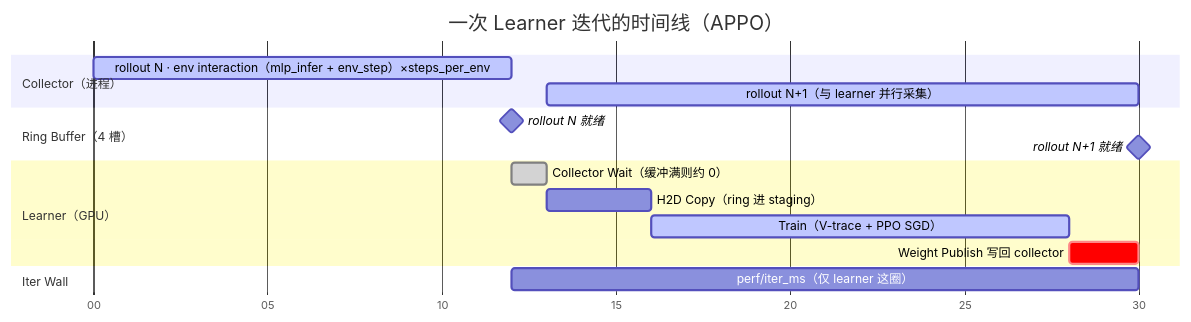
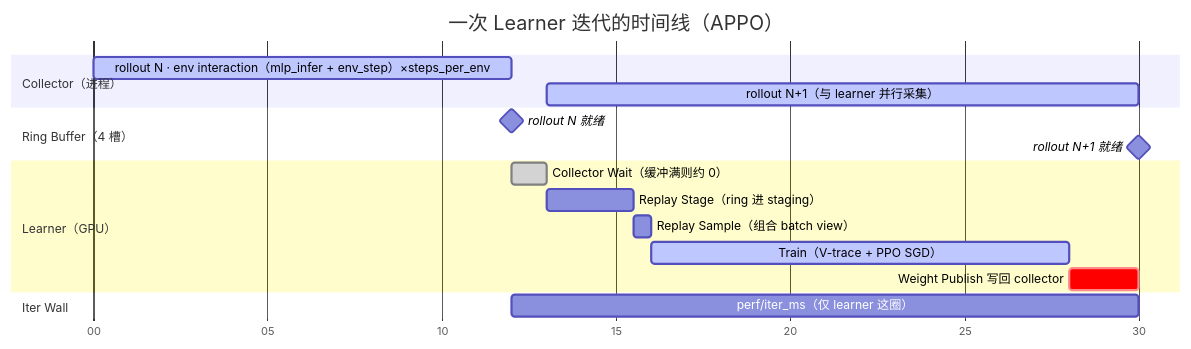
The diagram in docs/sphinx/source/zh_CN/2-user_guide/2-algorithms/2-appo.md (Motphys/UniLab), drawn with Mermaid before and after one commit. The commit also changed 14 other files, not shown here.

````diff
--- a/docs/sphinx/source/zh_CN/2-user_guide/2-algorithms/2-appo.md
+++ b/docs/sphinx/source/zh_CN/2-user_guide/2-algorithms/2-appo.md
@@ -39,23 +39,24 @@
 ```{mermaid}
 gantt
     title 一次 Learner 迭代的时间线（APPO）
     dateFormat x
     axisFormat %S
 
     section Collector（进程）
     rollout N · env interaction（mlp_infer + env_step）×steps_per_env :active, c0, 0, 12000
     rollout N+1（与 learner 并行采集）                                :active, c1, 13000, 30000
 
     section Ring Buffer（4 槽）
     rollout N 就绪    :milestone, r0, 12000, 12000
     rollout N+1 就绪  :milestone, r1, 30000, 30000
 
     section Learner（GPU）
     Collector Wait（缓冲满则约 0）    :done,   l0, 12000, 13000
-    H2D Copy（ring 进 staging）       :        l1, 13000, 16000
-    Train（V-trace + PPO SGD）        :active, l2, 16000, 28000
-    Weight Publish 写回 collector     :crit,   l3, 28000, 30000
+    Replay Stage（ring 进 staging）   :        l1, 13000, 15500
+    Replay Sample（组合 batch view）  :        l2, 15500, 16000
+    Train（V-trace + PPO SGD）        :active, l3, 16000, 28000
+    Weight Publish 写回 collector     :crit,   l4, 28000, 30000
 
     section Iter Wall
-    perf/iter_ms（仅 learner 这圈）   :        l4, 12000, 30000
+    perf/iter_ms（仅 learner 这圈）   :        l5, 12000, 30000
 ```
````
